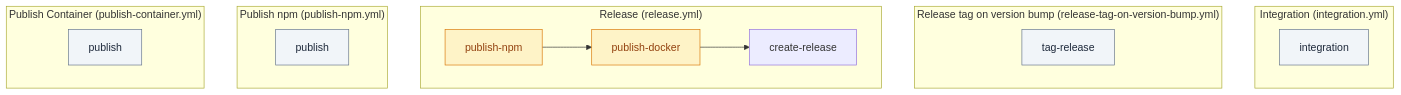
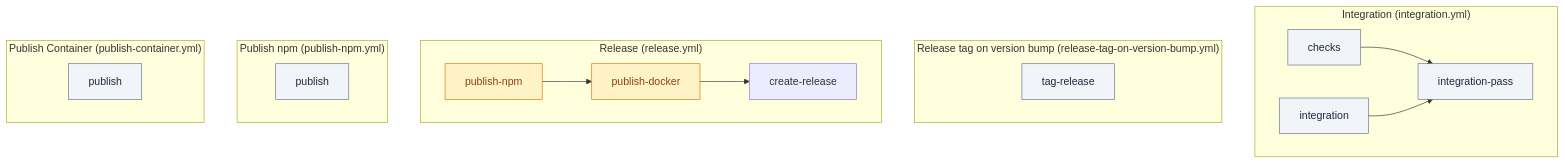
Before and after one commit to debian777/kairos-mcp: the second of 3 diagrams in .github/workflows/README.md, drawn with Mermaid. The commit also changed other lines of this file and 24 other files, not shown here.

````diff
--- a/.github/workflows/README.md
+++ b/.github/workflows/README.md
@@ -57,30 +57,34 @@
 ```mermaid
 flowchart TB
   subgraph INT_WF["Integration (integration.yml)"]
+    J_CHK[checks]
     J_INT[integration]
+    J_PASS[integration-pass]
+    J_CHK --> J_PASS
+    J_INT --> J_PASS
   end
 
   subgraph RTAG_WF["Release tag on version bump (release-tag-on-version-bump.yml)"]
     J_TAG[tag-release]
   end
 
   subgraph REL_WF["Release (release.yml)"]
     J_NPM[publish-npm]
     J_DOCKER[publish-docker]
     J_REL[create-release]
     J_NPM --> J_DOCKER --> J_REL
   end
 
   subgraph PNPM_WF["Publish npm (publish-npm.yml)"]
     J_PNPM[publish]
   end
 
   subgraph PCONT_WF["Publish Container (publish-container.yml)"]
     J_PCONT[publish]
   end
 
   classDef jobDefault fill:#f1f5f9,stroke:#64748b,color:#1e293b
   classDef jobNeeds fill:#fef3c7,stroke:#d97706,color:#92400e
-  class J_INT,J_TAG,J_PNPM,J_PCONT jobDefault
+  class J_CHK,J_INT,J_PASS,J_TAG,J_PNPM,J_PCONT jobDefault
   class J_NPM,J_DOCKER jobNeeds
 ```
````
